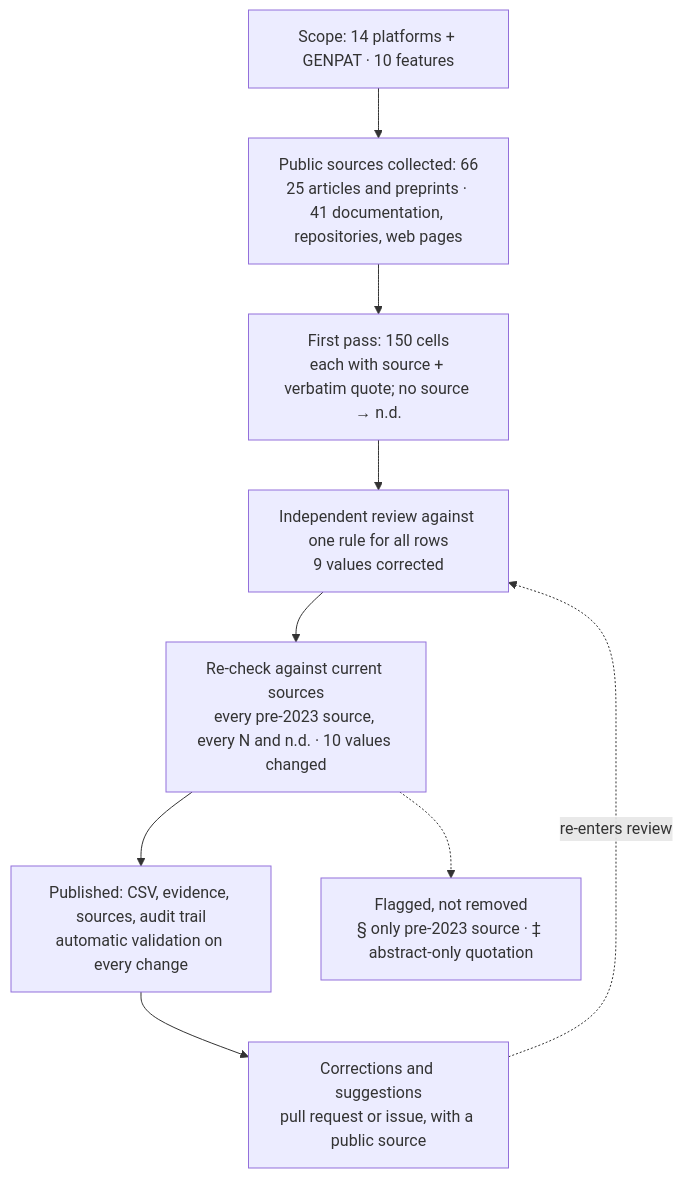
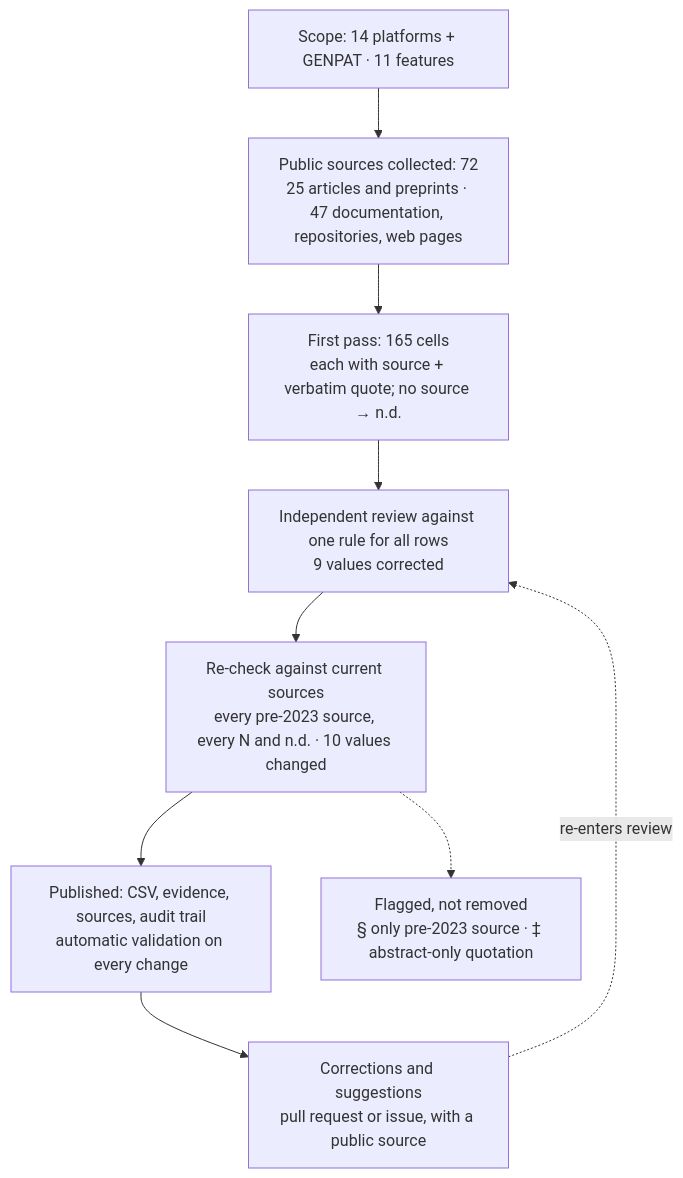
The diagram in METHODOLOGY.md (genpat-it/bioinformatics-platform-comparison), drawn with Mermaid before and after one commit. The commit also changed other lines of this file and 10 other files, not shown here.

````diff
--- a/METHODOLOGY.md
+++ b/METHODOLOGY.md
@@ -47,11 +49,11 @@
 ```mermaid
 flowchart TD
-  A["Scope: 14 platforms + GENPAT · 10 features"] --> B["Public sources collected: 66<br/>25 articles and preprints · 41 documentation, repositories, web pages"]
-  B --> C["First pass: 150 cells<br/>each with source + verbatim quote; no source → n.d."]
+  A["Scope: 14 platforms + GENPAT · 11 features"] --> B["Public sources collected: 72<br/>25 articles and preprints · 47 documentation, repositories, web pages"]
+  B --> C["First pass: 165 cells<br/>each with source + verbatim quote; no source → n.d."]
   C --> D["Independent review against one rule for all rows<br/>9 values corrected"]
   D --> E["Re-check against current sources<br/>every pre-2023 source, every N and n.d. · 10 values changed"]
   E --> F["Published: CSV, evidence, sources, audit trail<br/>automatic validation on every change"]
   E -.-> G["Flagged, not removed<br/>§ only pre-2023 source · ‡ abstract-only quotation"]
   F --> H["Corrections and suggestions<br/>pull request or issue, with a public source"]
   H -.->|re-enters review| D
 ```
````
